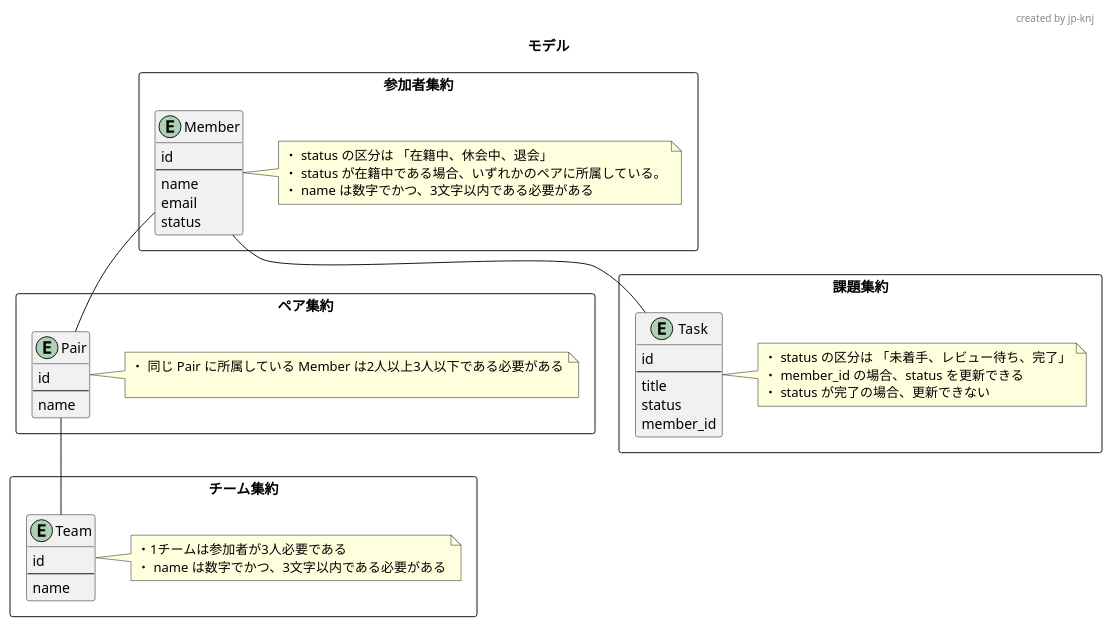
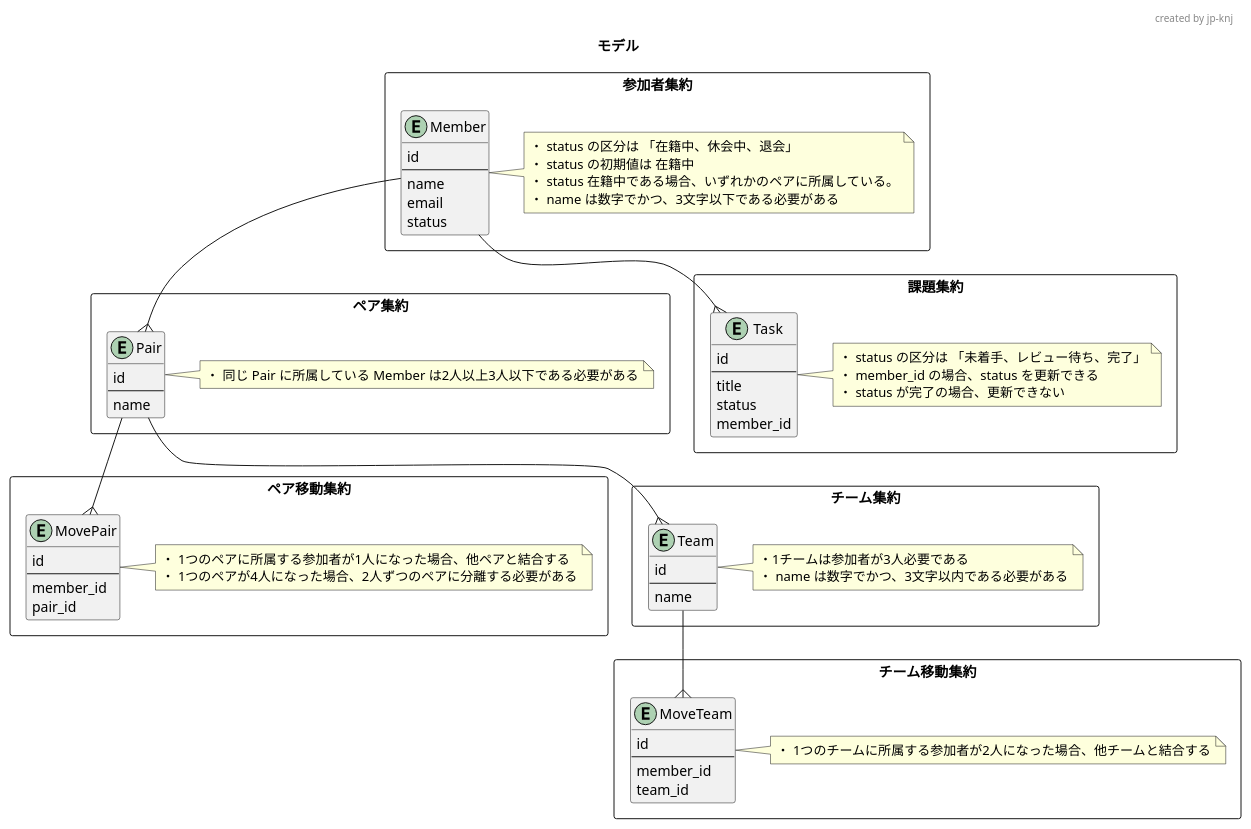
One commit to jp-knj/learn_ddd changed the diagram in docs/model.puml. Above: the diagram before and after it, drawn with PlantUML.

Commit message:
:construction: create some aggregation to understand domain model

```diff
--- a/docs/model.puml
+++ b/docs/model.puml
@@ -1,62 +1,92 @@
 @startuml
 'https://plantuml.com/object-diagram
 
 title モデル
 header created by jp-knj
 rectangle 参加者集約 {
   entity Member {
     id
     ---
     name
     email
 status
   }
   note right of Member
   ・ status の区分は 「在籍中、休会中、退会」
-  ・ status が在籍中である場合、いずれかのペアに所属している。
-  ・ name は数字でかつ、3文字以内である必要がある
+  ・ status の初期値は 在籍中
+  ・ status 在籍中である場合、いずれかのペアに所属している。
+  ・ name は数字でかつ、3文字以下である必要がある
   end note
 }
 
 rectangle ペア集約 {
-    entity Pair {
+  entity Pair {
     id
     ---
     name
   }
   note right of Pair
   ・ 同じ Pair に所属している Member は2人以上3人以下である必要がある
-
   end note
 }
+
+rectangle ペア移動集約 {
+  entity MovePair {
+      id
+      ---
+      member_id
+      pair_id
+    }
+    note right of MovePair
+    ・ 1つのペアに所属する参加者が1人になった場合、他ペアと結合する
+    ・ 1つのペアが4人になった場合、2人ずつのペアに分離する必要がある
+    end note
+}
+
 rectangle チーム集約 {
   entity Team {
     id
     ---
     name
   }
   note right of Team
   ・1チームは参加者が3人必要である
   ・ name は数字でかつ、3文字以内である必要がある
   end note
+
+
+}
+
+rectangle チーム移動集約 {
+  entity MoveTeam {
+      id
+      ---
+      member_id
+      team_id
+    }
+    note right of MoveTeam
+    ・ 1つのチームに所属する参加者が2人になった場合、他チームと結合する
+    end note
 }
 
 rectangle 課題集約 {
   entity Task {
     id
     ---
     title
     status
     member_id
   }
   note right of Task
   ・ status の区分は 「未着手、レビュー待ち、完了」
   ・ member_id の場合、status を更新できる
   ・ status が完了の場合、更新できない
   end note
 }
 
-Member -- Pair
-Pair -- Team
-Member -- Task
+Member --{ Pair
+Pair --{ Team
+Pair --{ MovePair
+Team --{ MoveTeam
+Member --{ Task
 @enduml
```
